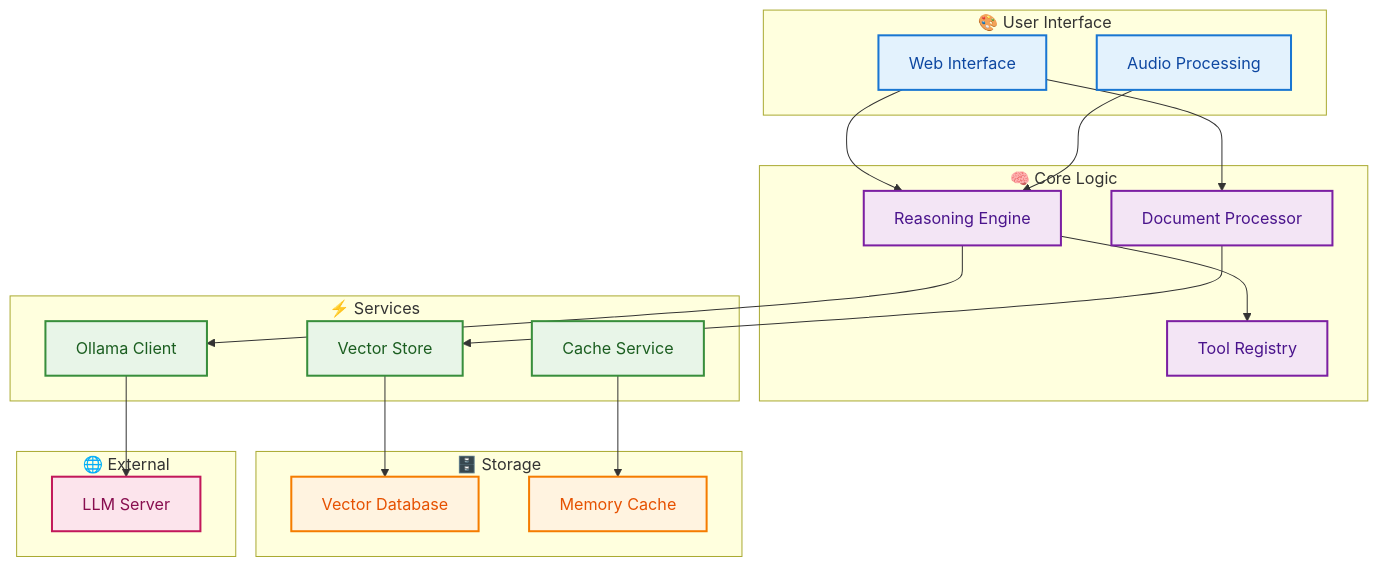
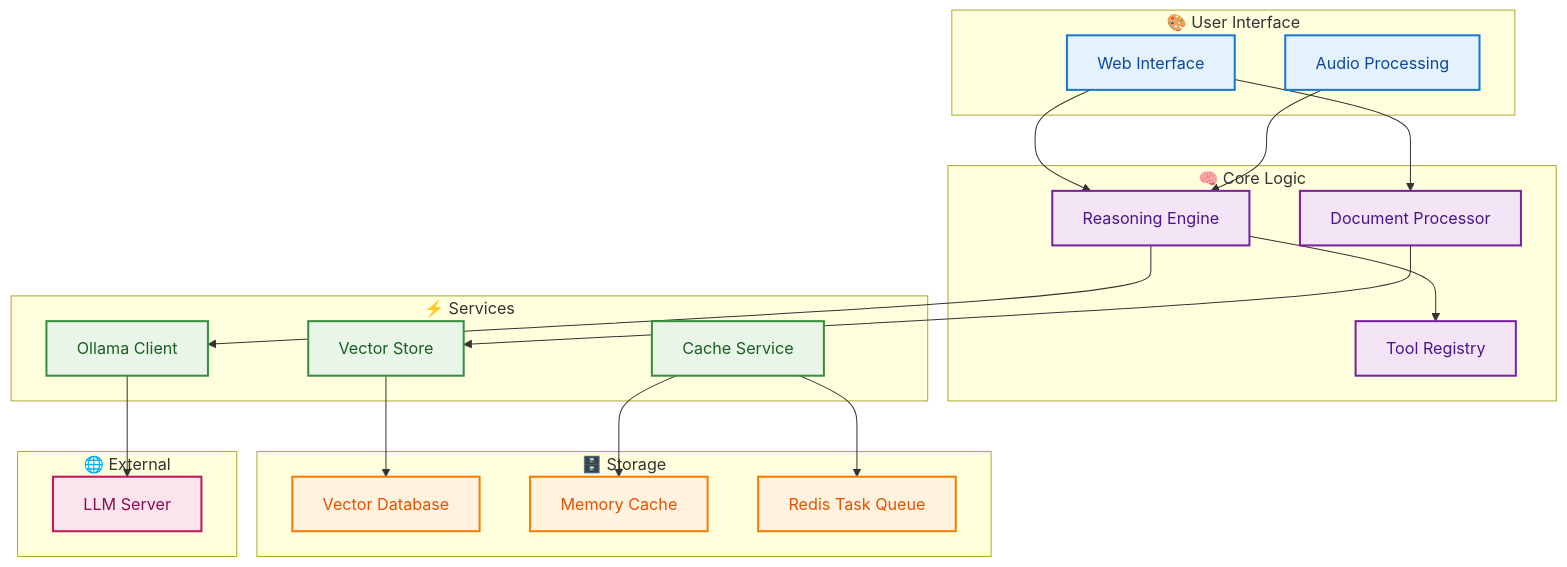
Before and after one commit to khaosans/basic-chat: the diagram in README.md, drawn with Mermaid. The commit also changed other lines of this file, not shown here.

First line of the commit message:
docs: update README with Redis setup and document cleanup procedures

````diff
--- a/README.md
+++ b/README.md
@@ -167,56 +231,58 @@
 ```mermaid
 graph TB
     subgraph "🎨 User Interface"
         UI[Web Interface]
         AUDIO[Audio Processing]
     end
     
     subgraph "🧠 Core Logic"
         RE[Reasoning Engine]
         DP[Document Processor]
         TR[Tool Registry]
     end
     
     subgraph "⚡ Services"
         AO[Ollama Client]
         VS[Vector Store]
         CS[Cache Service]
     end
     
     subgraph "🗄️ Storage"
         CHROMA[Vector Database]
         CACHE[Memory Cache]
+        REDIS[Redis Task Queue]
     end
     
     subgraph "🌐 External"
         OLLAMA[LLM Server]
     end
     
     %% User Interface Connections
     UI --> RE
     UI --> DP
     AUDIO --> RE
     
     %% Core Logic Connections
     RE --> AO
     RE --> TR
     DP --> VS
     
     %% Service Connections
     AO --> OLLAMA
     VS --> CHROMA
     CS --> CACHE
+    CS --> REDIS
     
     %% Styling
     classDef ui fill:#E3F2FD,stroke:#1976D2,stroke-width:2px,color:#0D47A1
     classDef core fill:#F3E5F5,stroke:#7B1FA2,stroke-width:2px,color:#4A148C
     classDef service fill:#E8F5E8,stroke:#388E3C,stroke-width:2px,color:#1B5E20
     classDef storage fill:#FFF3E0,stroke:#F57C00,stroke-width:2px,color:#E65100
     classDef external fill:#FCE4EC,stroke:#C2185B,stroke-width:2px,color:#880E4F
     
     class UI,AUDIO ui
     class RE,DP,TR core
     class AO,VS,CS service
-    class CHROMA,CACHE storage
+    class CHROMA,CACHE,REDIS storage
     class OLLAMA external
 ```
````
